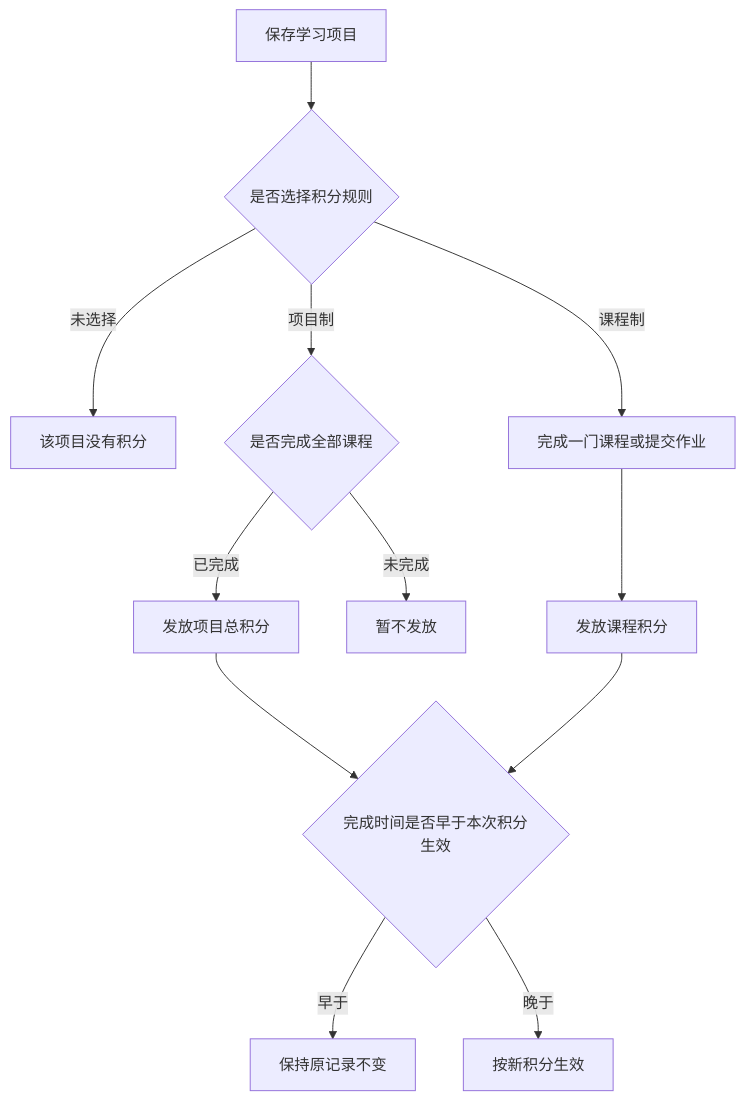
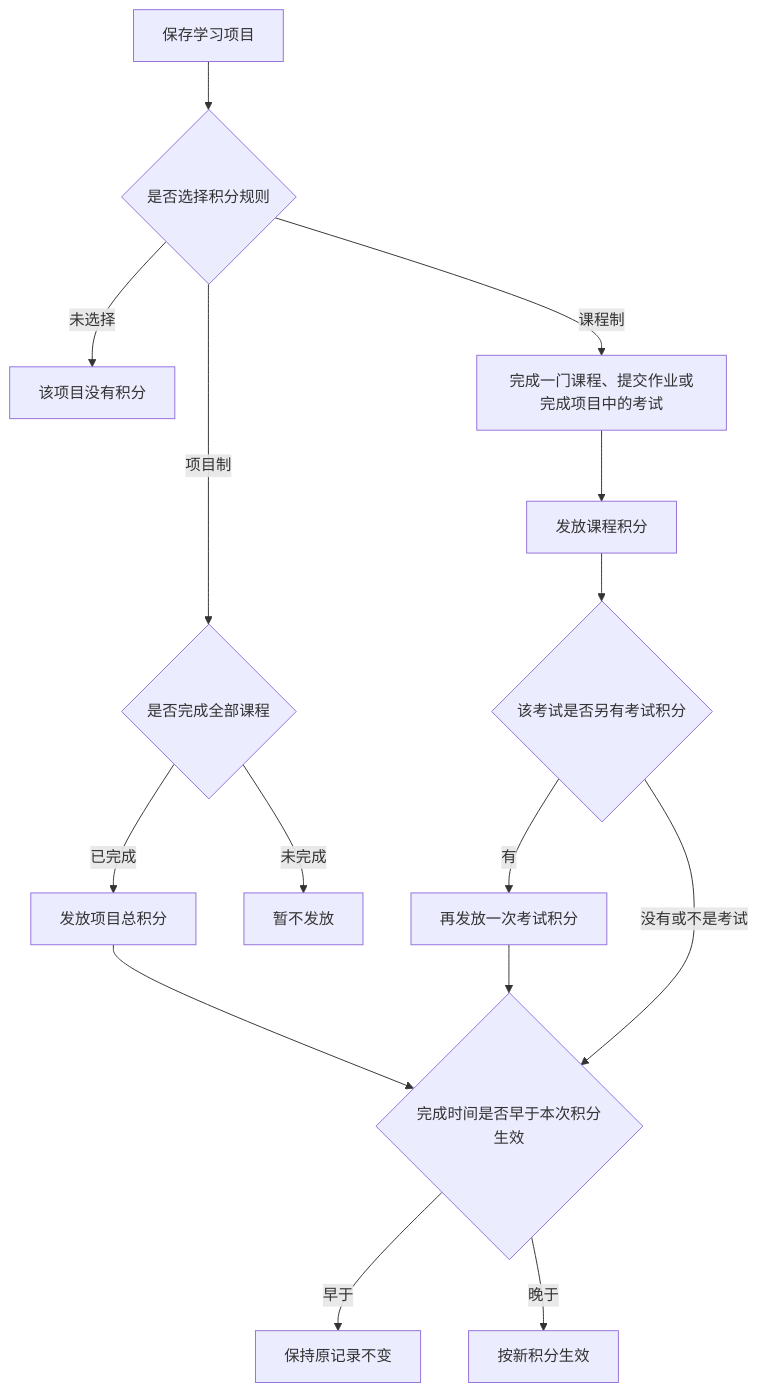
The fourth of 7 diagrams in ai-training-completion-homework/PRD-AI质培中台课程完成标准与作业管理.md (Yping-98/prototypes), drawn with Mermaid before and after one commit. The commit also changed other lines of this file and 1 other file, not shown here.

````diff
--- a/ai-training-completion-homework/PRD-AI质培中台课程完成标准与作业管理.md
+++ b/ai-training-completion-homework/PRD-AI质培中台课程完成标准与作业管理.md
@@ -100,14 +106,17 @@
 ```mermaid
 flowchart TD
     A4[保存学习项目] --> B4{是否选择积分规则}
     B4 -->|未选择| C4[该项目没有积分]
     B4 -->|项目制| D4{是否完成全部课程}
     D4 -->|已完成| E4[发放项目总积分]
     D4 -->|未完成| F4[暂不发放]
-    B4 -->|课程制| G4[完成一门课程或提交作业]
+    B4 -->|课程制| G4[完成一门课程、提交作业或完成项目中的考试]
     G4 --> H4[发放课程积分]
-    E4 --> I4{完成时间是否早于本次积分生效}
-    H4 --> I4
+    H4 --> H4b{该考试是否另有考试积分}
+    H4b -->|有| H4c[再发放一次考试积分]
+    H4b -->|没有或不是考试| I4{完成时间是否早于本次积分生效}
+    H4c --> I4
+    E4 --> I4
     I4 -->|早于| J4[保持原记录不变]
     I4 -->|晚于| K4[按新积分生效]
 ```
````
